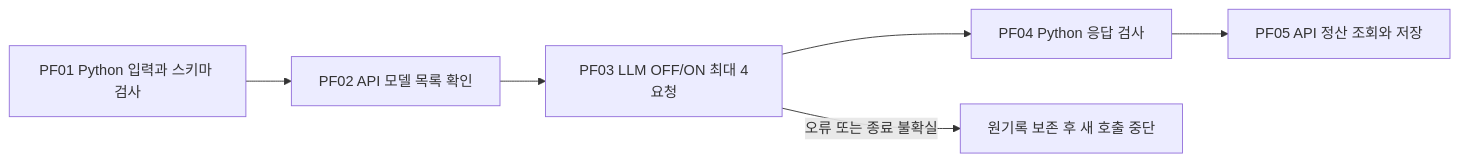
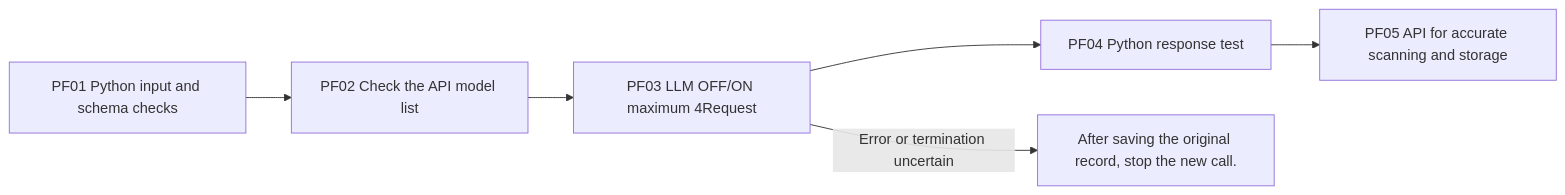
The diagram in src/finarch/experiments/templates/api-preflight-readme-template.md (pnu-clink/finject), drawn with Mermaid before and after one commit. The commit also changed other lines of this file and 644 other files, not shown here.

````diff
--- a/src/finarch/experiments/templates/api-preflight-readme-template.md
+++ b/src/finarch/experiments/templates/api-preflight-readme-template.md
@@ -19,8 +19,8 @@
 ```mermaid
 flowchart LR
-  PF01[PF01 Python 입력과 스키마 검사] --> PF02[PF02 API 모델 목록 확인]
-  PF02 --> PF03[PF03 LLM OFF/ON 최대 4요청]
-  PF03 --> PF04[PF04 Python 응답 검사]
-  PF04 --> PF05[PF05 API 정산 조회와 저장]
-  PF03 -->|오류 또는 종료 불확실| STOP[원기록 보존 후 새 호출 중단]
+  PF01[PF01 Python input and schema checks] --> PF02[PF02 Check the API model list]
+  PF02 --> PF03[PF03 LLM OFF/ON maximum 4Request]
+  PF03 --> PF04[PF04 Python response test]
+  PF04 --> PF05[PF05 API for accurate scanning and storage]
+  PF03 -->|Error or termination uncertain| STOP[After saving the original record, stop the new call.]
 ```
````
